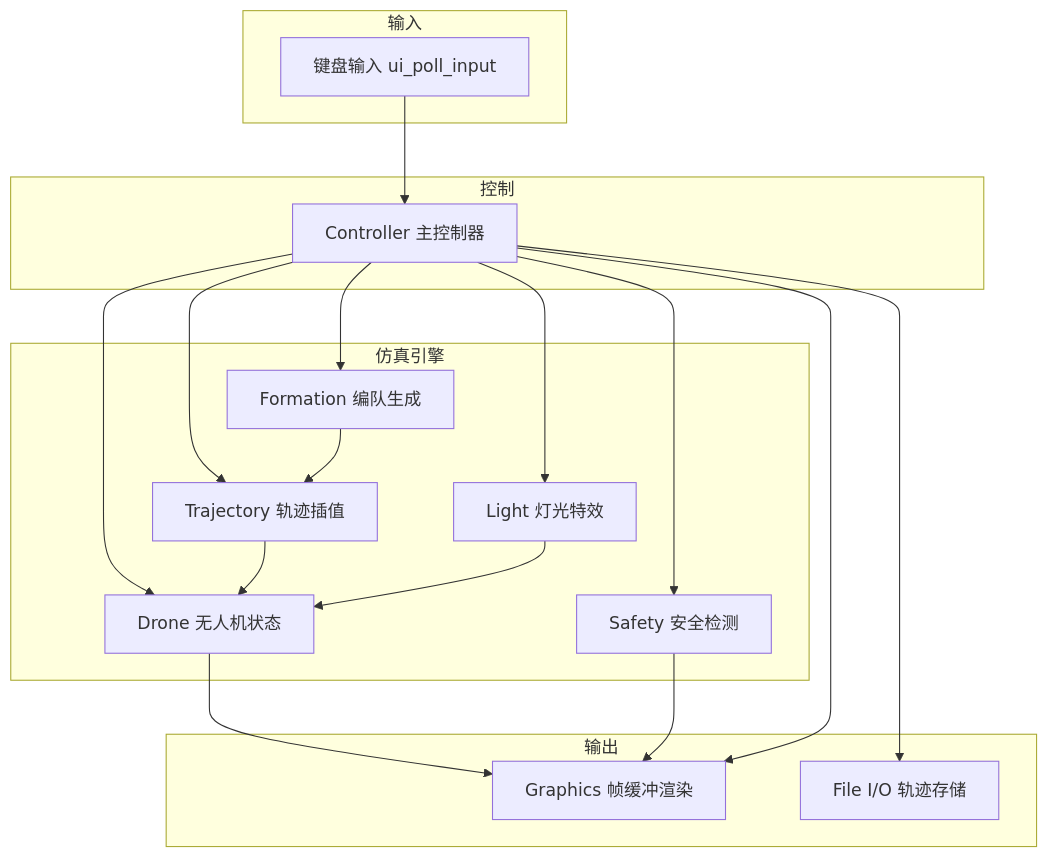
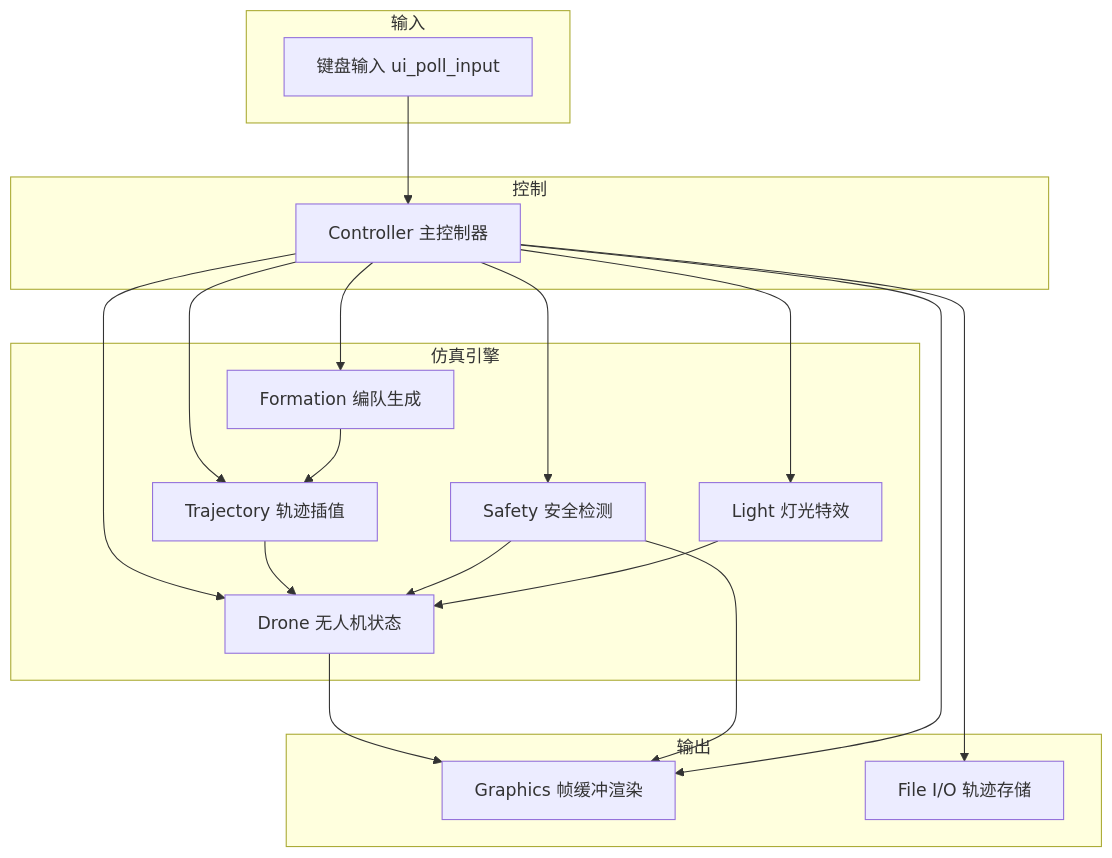
Before and after one commit to Fpianmu/Drone: the ninth of 9 diagrams in flowchart.md, drawn with Mermaid. The commit also changed other lines of this file, not shown here.

Commit message:
更新流程图：300→500架、安全检测加入高度信息、文字12x12网格

````diff
--- a/flowchart.md
+++ b/flowchart.md
@@ -184,33 +176,34 @@
 ```mermaid
 flowchart TD
     subgraph 输入
         UI[键盘输入 ui_poll_input]
     end
     subgraph 控制
         CTRL[Controller 主控制器]
     end
     subgraph 仿真引擎
         DRONE[Drone 无人机状态]
         FORM[Formation 编队生成]
         TRAJ[Trajectory 轨迹插值]
         SAFE[Safety 安全检测]
         LIGHT[Light 灯光特效]
     end
     subgraph 输出
         GFX[Graphics 帧缓冲渲染]
         FILE[File I/O 轨迹存储]
     end
     UI --> CTRL
     CTRL --> DRONE
     CTRL --> FORM
     CTRL --> TRAJ
     CTRL --> SAFE
     CTRL --> LIGHT
     DRONE --> GFX
     FORM --> TRAJ
     TRAJ --> DRONE
     SAFE --> GFX
+    SAFE --> DRONE
     LIGHT --> DRONE
     CTRL --> GFX
     CTRL --> FILE
 ```
````
